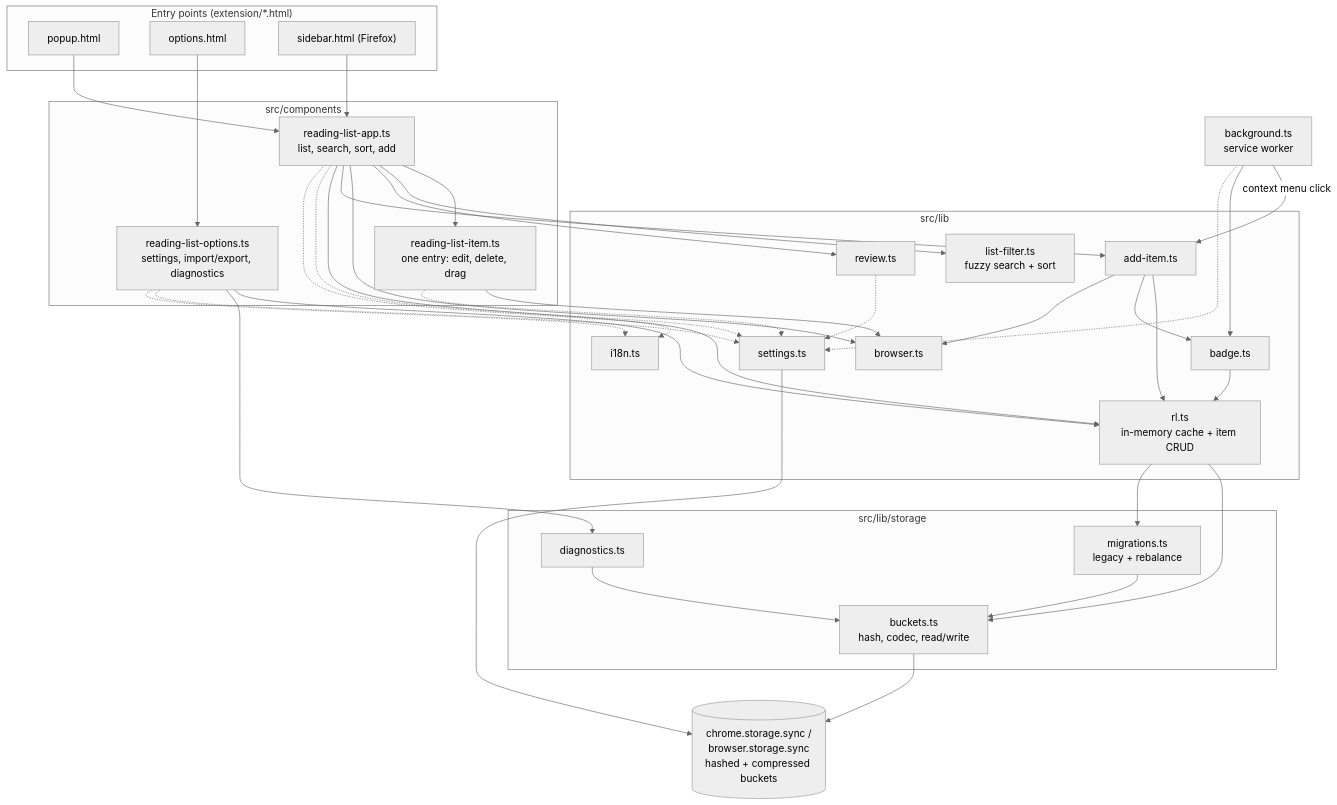
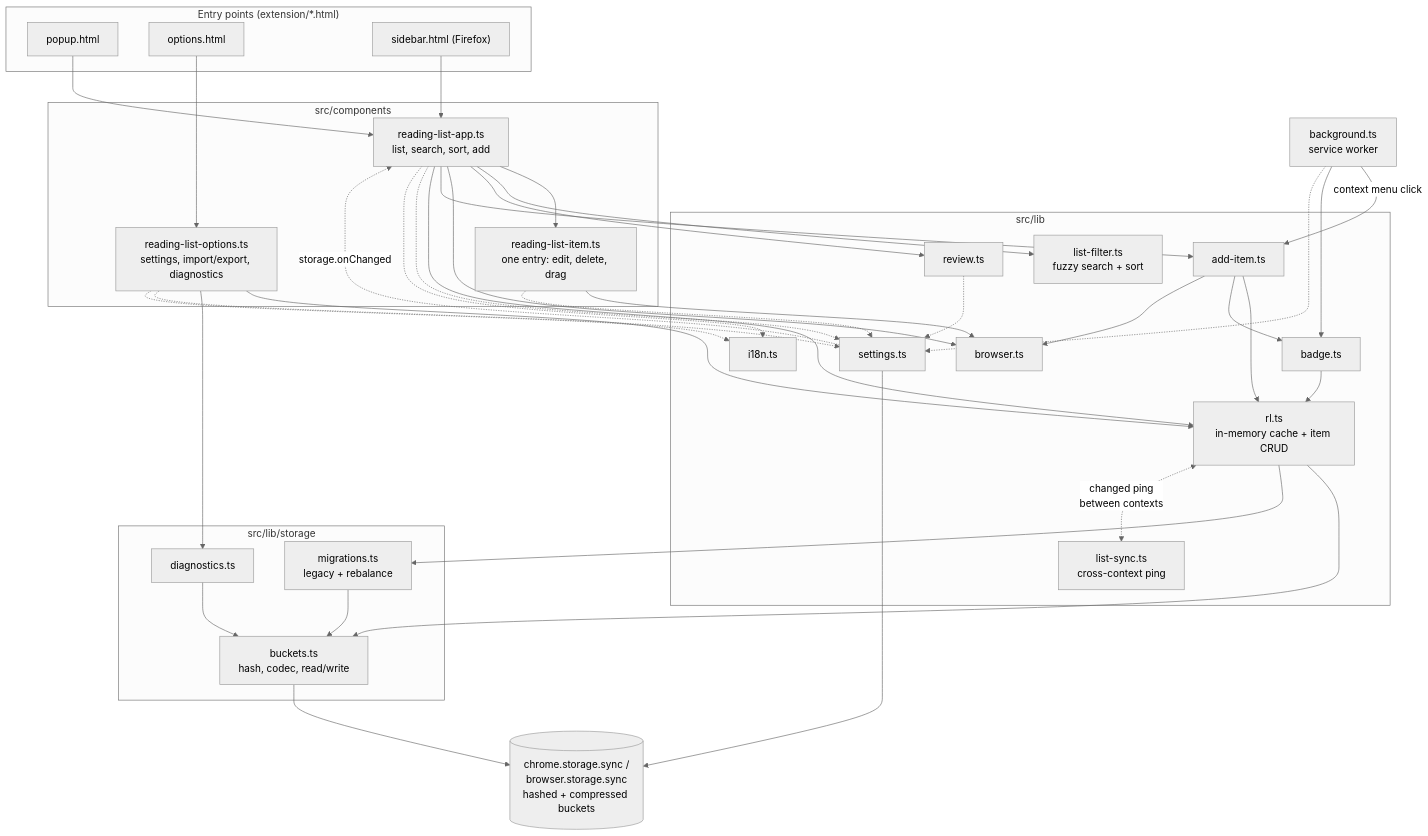
Before and after one commit to alexpdraper/reading-list: the first of 2 diagrams in AGENTS.md, drawn with Mermaid (neutral theme). The commit also changed other lines of this file, not shown here.

First line of the commit message:
Document cross-context sync in AGENTS.md

````diff
--- a/AGENTS.md
+++ b/AGENTS.md
@@ -11,70 +11,74 @@
 ```mermaid
 graph TD
     subgraph Entry["Entry points (extension/*.html)"]
         Popup["popup.html"]
         Options["options.html"]
         Sidebar["sidebar.html (Firefox)"]
     end
 
     subgraph Components["src/components"]
         App["reading-list-app.ts<br/>list, search, sort, add"]
         OptComp["reading-list-options.ts<br/>settings, import/export, diagnostics"]
         Item["reading-list-item.ts<br/>one entry: edit, delete, drag"]
     end
 
     subgraph Lib["src/lib"]
         RL["rl.ts<br/>in-memory cache + item CRUD"]
         AddItem["add-item.ts"]
         Settings["settings.ts"]
+        ListSync["list-sync.ts<br/>cross-context ping"]
         Filter["list-filter.ts<br/>fuzzy search + sort"]
         Badge["badge.ts"]
         Browser["browser.ts"]
         Review["review.ts"]
         I18n["i18n.ts"]
     end
 
     subgraph StorageLib["src/lib/storage"]
         Buckets["buckets.ts<br/>hash, codec, read/write"]
         Migrations["migrations.ts<br/>legacy + rebalance"]
         Diagnostics["diagnostics.ts"]
     end
 
     BG["background.ts<br/>service worker"]
     Storage[("chrome.storage.sync /<br/>browser.storage.sync<br/>hashed + compressed buckets")]
 
     Popup --> App
     Sidebar --> App
     Options --> OptComp
 
     App --> Item
     App --> Filter
     App --> Review
     App --> Browser
     App --> AddItem
     App --> RL
     OptComp --> RL
     OptComp --> Diagnostics
     Item --> Browser
 
     BG -- "context menu click" --> AddItem
     BG --> Badge
     AddItem --> RL
     AddItem --> Badge
     AddItem --> Browser
     Badge --> RL
 
     App -.-> Settings
     OptComp -.-> Settings
     Item -.-> Settings
     Review -.-> Settings
     BG -.-> Settings
     App -.-> I18n
     OptComp -.-> I18n
 
     RL --> Buckets
     RL --> Migrations
     Migrations --> Buckets
     Diagnostics --> Buckets
     Buckets --> Storage
     Settings --> Storage
+
+    RL <-. "changed ping<br/>between contexts" .-> ListSync
+    Settings -. "storage.onChanged" .-> App
 ```
````
